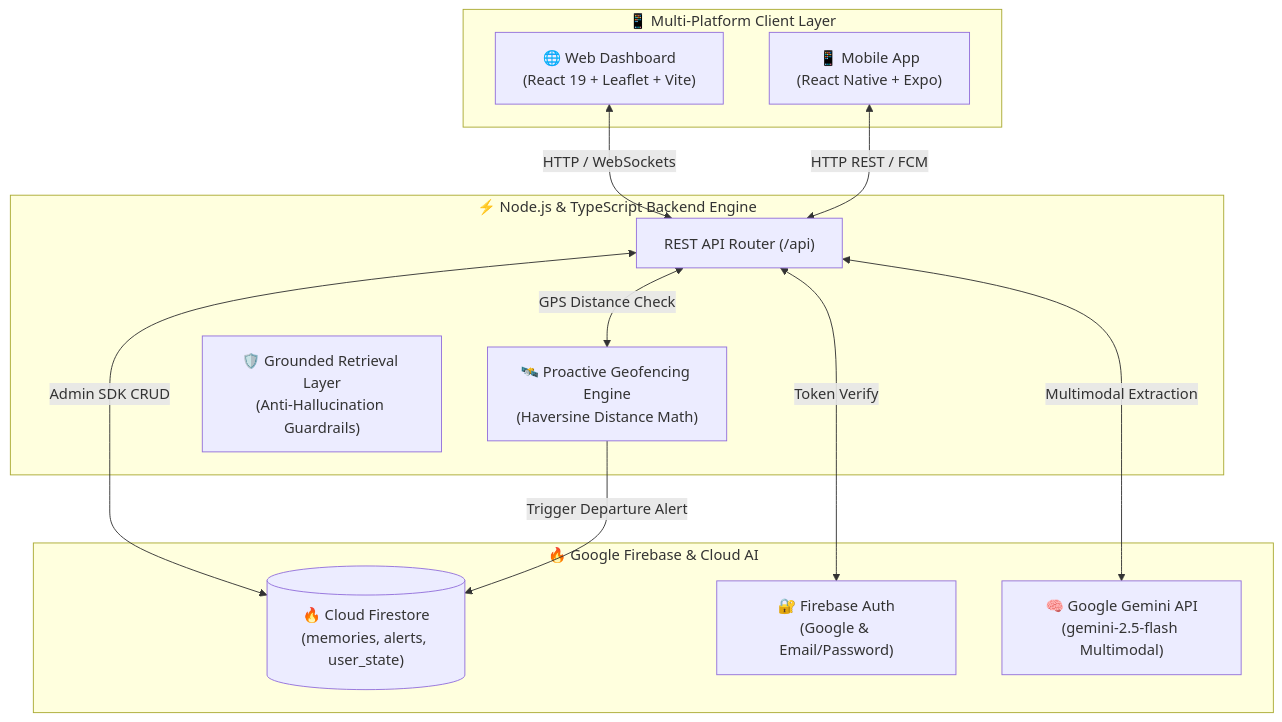
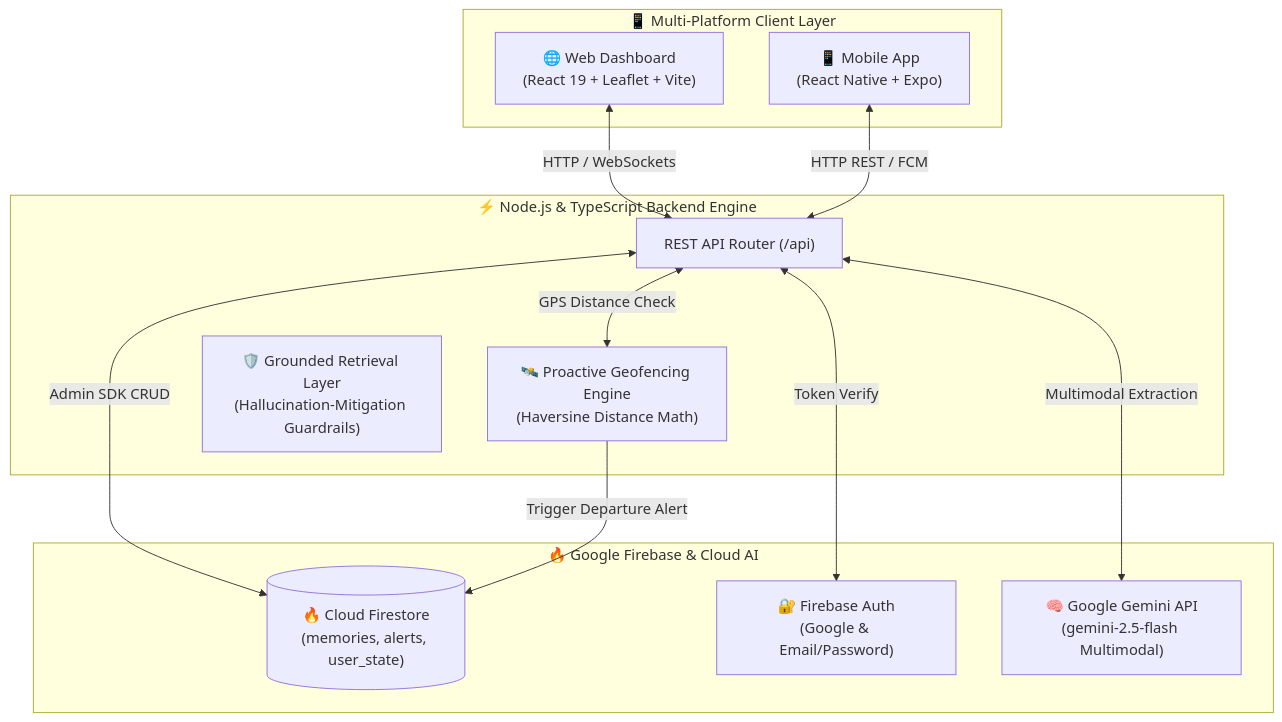
One commit to Pranav7758051011/AfterMe changed the diagram in README.md. Above: the diagram before and after it, drawn with Mermaid. The commit also changed other lines of this file and 8 other files, not shown here.

Commit message:
docs(claims): refine AI claims and replace overclaimed language with technically defensible grounded retrieval terminology

````diff
--- a/README.md
+++ b/README.md
@@ -74,27 +74,27 @@
 ```mermaid
 flowchart TB
     subgraph UI["📱 Multi-Platform Client Layer"]
         WEB["🌐 Web Dashboard<br/>(React 19 + Leaflet + Vite)"]
         MOB["📱 Mobile App<br/>(React Native + Expo)"]
     end
 
     subgraph Server["⚡ Node.js & TypeScript Backend Engine"]
         ROUTER["REST API Router (/api)"]
         GEO["🛰️ Proactive Geofencing Engine<br/>(Haversine Distance Math)"]
-        GROUND["🛡️ Grounded Retrieval Layer<br/>(Anti-Hallucination Guardrails)"]
+        GROUND["🛡️ Grounded Retrieval Layer<br/>(Hallucination-Mitigation Guardrails)"]
     end
 
     subgraph Cloud["🔥 Google Firebase & Cloud AI"]
         FS[("🔥 Cloud Firestore<br/>(memories, alerts, user_state)")]
         AUTH["🔐 Firebase Auth<br/>(Google & Email/Password)"]
         GEMINI["🧠 Google Gemini API<br/>(gemini-2.5-flash Multimodal)"]
     end
 
     WEB <-->|HTTP / WebSockets| ROUTER
     MOB <-->|HTTP REST / FCM| ROUTER
     ROUTER <-->|Token Verify| AUTH
     ROUTER <-->|Admin SDK CRUD| FS
     ROUTER <-->|Multimodal Extraction| GEMINI
     ROUTER <-->|GPS Distance Check| GEO
     GEO -->|Trigger Departure Alert| FS
 ```
````
